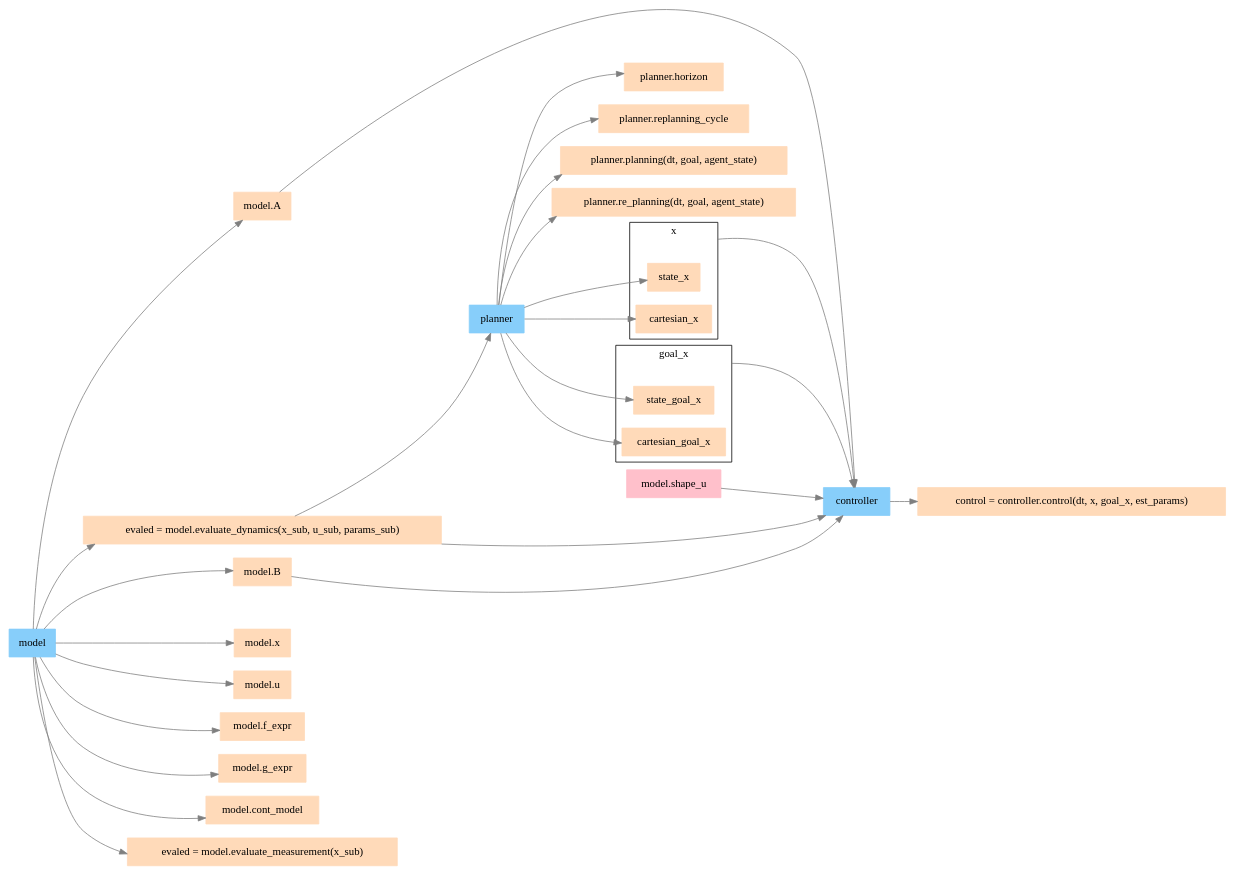
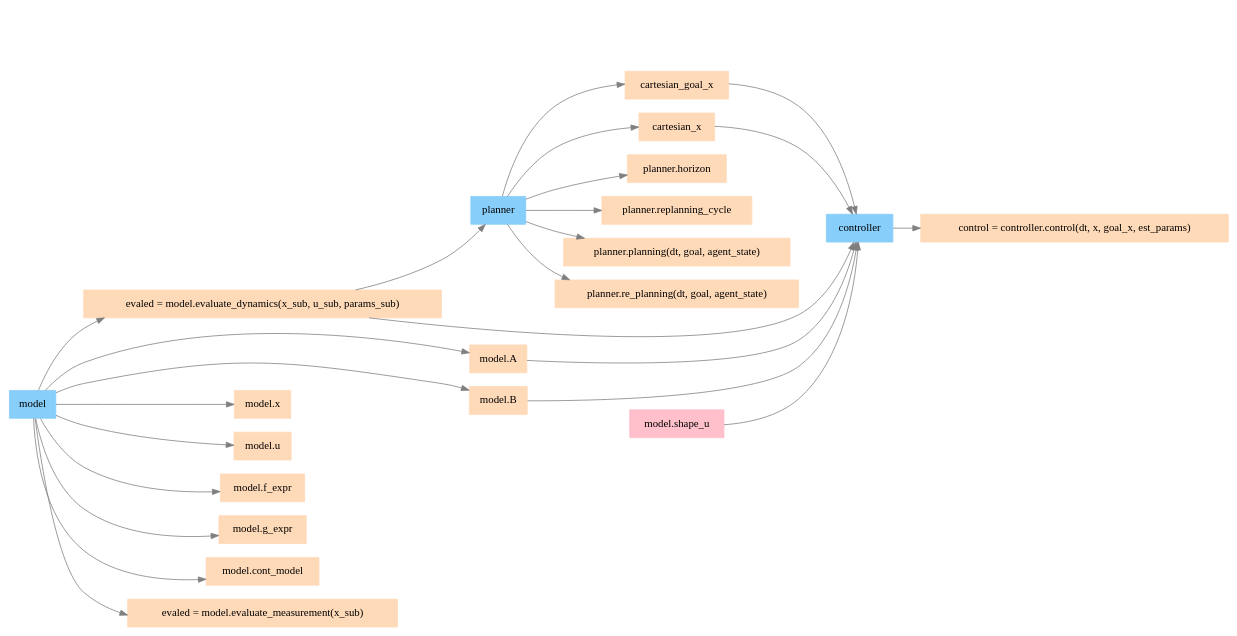
One commit to intelligent-control-lab/Composable_Agent_Toolbox changed the diagram in img/deps.gv. Above: the diagram before and after it, drawn with Graphviz. The commit also changed 3 other files, not shown here.

```diff
--- a/img/deps.gv
+++ b/img/deps.gv
@@ -1,72 +1,58 @@
 digraph G {
 	compound=true rankdir=LR
-	subgraph cluster_x {
-		x [shape=point style=invis]
-		state_x [shape=box]
-		cartesian_x [shape=box]
-		label=x
-	}
-	subgraph cluster_goal_x {
-		goal_x [shape=point style=invis]
-		state_goal_x [shape=box]
-		cartesian_goal_x [shape=box]
-		label=goal_x
-	}
-	planner [color=lightskyblue fillcolor=lightskyblue shape=box style=filled]
 	model [color=lightskyblue fillcolor=lightskyblue shape=box style=filled]
 	controller [color=lightskyblue fillcolor=lightskyblue shape=box style=filled]
+	planner [color=lightskyblue fillcolor=lightskyblue shape=box style=filled]
+	controller [shape=box]
+	"evaled = model.evaluate_dynamics(x_sub, u_sub, params_sub)" [shape=box]
+	cartesian_goal_x [shape=box]
 	"model.A" [shape=box]
+	"model.shape_u" [shape=box]
 	planner [shape=box]
 	"model.B" [shape=box]
-	"evaled = model.evaluate_dynamics(x_sub, u_sub, params_sub)" [shape=box]
 	model [shape=box]
-	"model.shape_u" [shape=box]
-	controller [shape=box]
+	cartesian_x [shape=box]
 	"model.shape_u" [color=pink fillcolor=pink shape=box style=filled]
-	x -> controller [color=gray50 ltail=cluster_x]
-	goal_x -> controller [color=gray50 ltail=cluster_goal_x]
+	cartesian_x -> controller [color=gray50]
+	cartesian_goal_x -> controller [color=gray50]
 	"model.shape_u" -> controller [color=gray50]
 	"model.A" -> controller [color=gray50]
 	"model.B" -> controller [color=gray50]
 	"evaled = model.evaluate_dynamics(x_sub, u_sub, params_sub)" -> controller [color=gray50]
 	"evaled = model.evaluate_dynamics(x_sub, u_sub, params_sub)" -> planner [color=gray50]
 	"control = controller.control(dt, x, goal_x, est_params)" [color=peachpuff fillcolor=peachpuff shape=box style=filled]
 	controller -> "control = controller.control(dt, x, goal_x, est_params)" [color=gray50]
 	"model.x" [color=peachpuff fillcolor=peachpuff shape=box style=filled]
 	model -> "model.x" [color=gray50]
 	"model.u" [color=peachpuff fillcolor=peachpuff shape=box style=filled]
 	model -> "model.u" [color=gray50]
 	"model.A" [color=peachpuff fillcolor=peachpuff shape=box style=filled]
 	model -> "model.A" [color=gray50]
 	"model.B" [color=peachpuff fillcolor=peachpuff shape=box style=filled]
 	model -> "model.B" [color=gray50]
 	"model.f_expr" [color=peachpuff fillcolor=peachpuff shape=box style=filled]
 	model -> "model.f_expr" [color=gray50]
 	"model.g_expr" [color=peachpuff fillcolor=peachpuff shape=box style=filled]
 	model -> "model.g_expr" [color=gray50]
 	"model.cont_model" [color=peachpuff fillcolor=peachpuff shape=box style=filled]
 	model -> "model.cont_model" [color=gray50]
 	"evaled = model.evaluate_dynamics(x_sub, u_sub, params_sub)" [color=peachpuff fillcolor=peachpuff shape=box style=filled]
 	model -> "evaled = model.evaluate_dynamics(x_sub, u_sub, params_sub)" [color=gray50]
 	"evaled = model.evaluate_measurement(x_sub)" [color=peachpuff fillcolor=peachpuff shape=box style=filled]
 	model -> "evaled = model.evaluate_measurement(x_sub)" [color=gray50]
-	state_x [color=peachpuff fillcolor=peachpuff shape=box style=filled]
-	planner -> state_x [color=gray50]
 	cartesian_x [color=peachpuff fillcolor=peachpuff shape=box style=filled]
 	planner -> cartesian_x [color=gray50]
-	state_goal_x [color=peachpuff fillcolor=peachpuff shape=box style=filled]
-	planner -> state_goal_x [color=gray50]
 	cartesian_goal_x [color=peachpuff fillcolor=peachpuff shape=box style=filled]
 	planner -> cartesian_goal_x [color=gray50]
 	"planner.horizon" [color=peachpuff fillcolor=peachpuff shape=box style=filled]
 	planner -> "planner.horizon" [color=gray50]
 	"planner.replanning_cycle" [color=peachpuff fillcolor=peachpuff shape=box style=filled]
 	planner -> "planner.replanning_cycle" [color=gray50]
 	"planner.planning(dt, goal, agent_state)" [color=peachpuff fillcolor=peachpuff shape=box style=filled]
 	planner -> "planner.planning(dt, goal, agent_state)" [color=gray50]
 	"planner.re_planning(dt, goal, agent_state)" [color=peachpuff fillcolor=peachpuff shape=box style=filled]
 	planner -> "planner.re_planning(dt, goal, agent_state)" [color=gray50]
 	planner -> controller [style=invis]
 	model -> controller [style=invis]
 	model -> planner [style=invis]
 }
```
